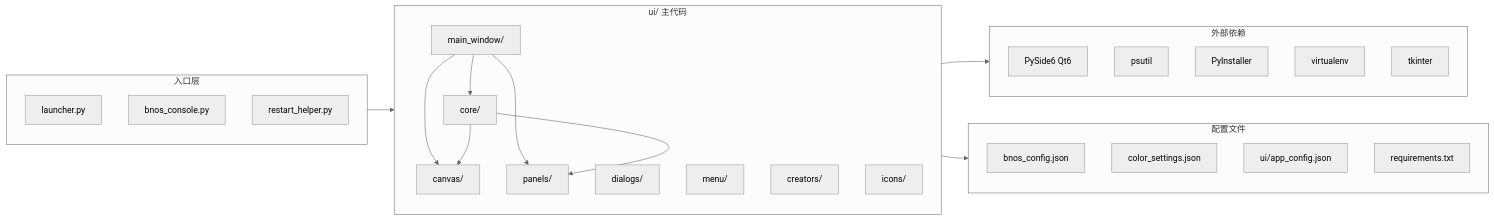
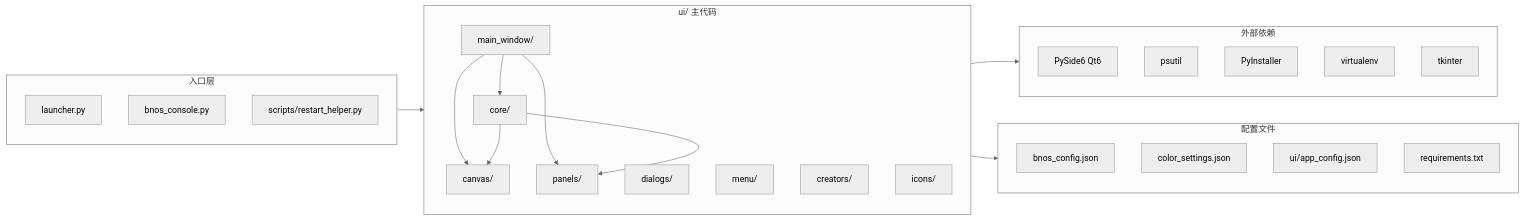
Diagram 14 of 16 in docs/BNOS_架构图.md (LiuStar656/BNOS---Bionic-Neural-Network-Visual-Orchestration-Platform), drawn with Mermaid (neutral theme) before and after one commit. The commit also changed other lines of this file and 21 other files, not shown here.

````diff
--- a/docs/BNOS_架构图.md
+++ b/docs/BNOS_架构图.md
@@ -483,43 +483,43 @@
 ```mermaid
 graph LR
     subgraph ENTRY["入口层"]
         L["launcher.py"]
         BC["bnos_console.py"]
-        RH["restart_helper.py"]
+        RH["scripts/restart_helper.py"]
     end
 
     subgraph UI["ui/ 主代码"]
         MW["main_window/"]
         CORE["core/"]
         CV["canvas/"]
         PNL["panels/"]
         DLG["dialogs/"]
         MNU["menu/"]
         CRT["creators/"]
         IC["icons/"]
     end
 
     subgraph EXT["外部依赖"]
         PS["PySide6 Qt6"]
         PSU["psutil"]
         PYI["PyInstaller"]
         VE["virtualenv"]
         TK["tkinter"]
     end
 
     subgraph CFG["配置文件"]
         BCJ["bnos_config.json"]
         CSJ["color_settings.json"]
         ACJ["ui/app_config.json"]
         RT["requirements.txt"]
     end
 
     ENTRY --> UI
     UI --> EXT
     UI --> CFG
     MW --> CORE
     MW --> CV
     MW --> PNL
     CORE --> CV
     CORE --> PNL
 ```
````
